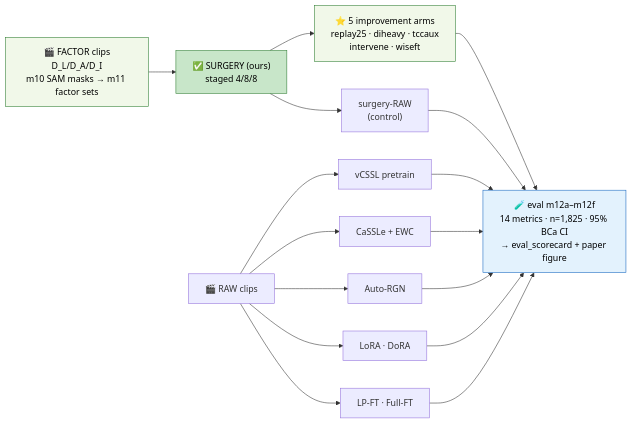
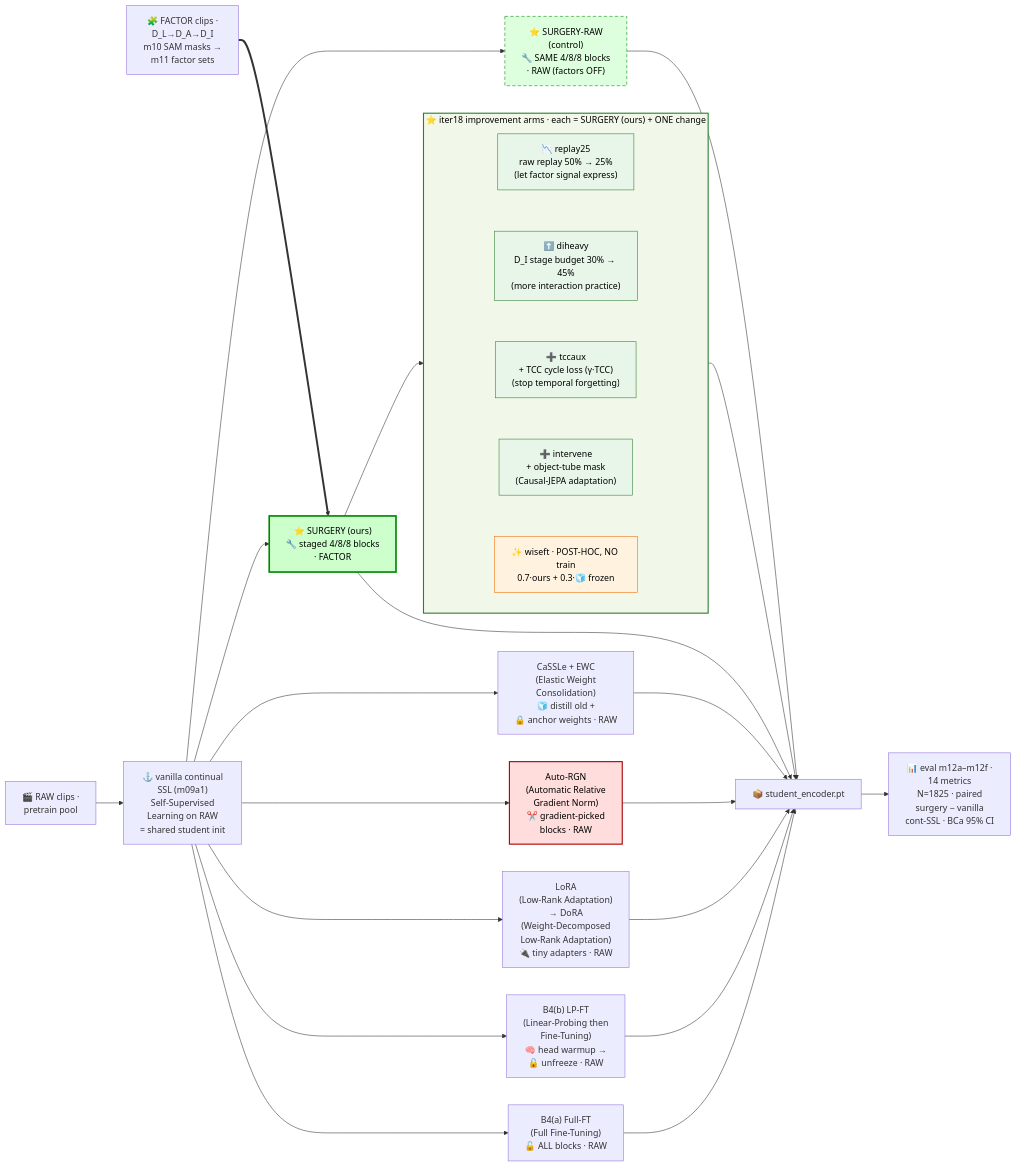
The second of 2 diagrams in iter/iter18_ablations_FTtechniues/result_outputs/ppt_june14.md (kapilw25/LLM_asAgent_3D_SR), drawn with Mermaid before and after one commit. The commit also changed other lines of this file and 23 other files, not shown here.

````diff
--- a/iter/iter18_ablations_FTtechniues/result_outputs/ppt_june14.md
+++ b/iter/iter18_ablations_FTtechniues/result_outputs/ppt_june14.md
@@ -106,26 +126,48 @@
 ```mermaid
 flowchart LR
-    %% data origin → model → shared 14-metric eval
-    FAC["🎬 FACTOR clips<br>D_L/D_A/D_I<br>m10 SAM masks → m11 factor sets"]
-    RAWC["🎬 RAW clips"]
-    FAC --> SURG["✅ SURGERY (ours)<br>staged 4/8/8"]
-    SURG --> IMP18["⭐ 5 improvement arms<br>replay25 · diheavy · tccaux<br>intervene · wiseft"]
-    SURG --> RAWS["surgery-RAW<br>(control)"]
-    RAWC --> PRE["vCSSL pretrain"]
-    RAWC --> CONT["CaSSLe + EWC"]
-    RAWC --> RGN["Auto-RGN"]
-    RAWC --> PEFT["LoRA · DoRA"]
-    RAWC --> NAIVE["LP-FT · Full-FT"]
-    IMP18 --> EVAL
-    RAWS --> EVAL
-    PRE --> EVAL
-    CONT --> EVAL
-    RGN --> EVAL
-    PEFT --> EVAL
-    NAIVE --> EVAL
-    EVAL["🧪 eval m12a–m12f<br>14 metrics · n=1,825 · 95% BCa CI<br>→ eval_scorecard + paper figure"]
-    style FAC fill:#f1f8e9,stroke:#2e7d32,color:#000
-    style SURG fill:#c8e6c9,stroke:#2e7d32,color:#000
-    style IMP18 fill:#f1f8e9,stroke:#2e7d32,color:#000
-    style EVAL fill:#e3f2fd,stroke:#1565c0,color:#000
+    RAW["🎬 RAW clips ·<br>pretrain pool"]
+    FAC["🧩 FACTOR clips ·<br>D_L→D_A→D_I<br>m10 SAM masks →<br>m11 factor sets"]
+    INIT["⚓ vanilla continual<br>SSL (m09a1)<br>Self-Supervised<br>Learning on RAW<br>= shared student init"]
+    RAW --> INIT
+
+    INIT --> B4F["B4(a) Full-FT<br>(Full Fine-Tuning)<br>🔓 ALL blocks · RAW"]
+    INIT --> B4L["B4(b) LP-FT<br>(Linear-Probing then<br>Fine-Tuning)<br>🧠 head warmup →<br>🔓 unfreeze · RAW"]
+    INIT --> B1["LoRA<br>(Low-Rank Adaptation)<br>→ DoRA<br>(Weight-Decomposed<br>Low-Rank Adaptation)<br>🔌 tiny adapters · RAW"]
+    INIT --> B2["Auto-RGN<br>(Automatic Relative<br>Gradient Norm)<br>✂️ gradient-picked<br>blocks · RAW"]
+    INIT --> B3["CaSSLe + EWC<br>(Elastic Weight<br>Consolidation)<br>🧊 distill old +<br>🔒 anchor weights · RAW"]
+    INIT --> SURG["⭐ SURGERY (ours)<br>🔧 staged 4/8/8 blocks<br>· FACTOR"]
+    INIT --> SURGR["⭐ SURGERY-RAW<br>(control)<br>🔧 SAME 4/8/8 blocks<br>· RAW (factors OFF)"]
+
+    FAC ==> SURG
+
+    SURG --> IMP18
+    subgraph IMP18["⭐ iter18 improvement arms · each = SURGERY (ours) + ONE change"]
+        direction TB
+        V1["📉 replay25<br>raw replay 50% → 25%<br>(let factor signal express)"]
+        V2["⬆️ diheavy<br>D_I stage budget 30% → 45%<br>(more interaction practice)"]
+        V3["➕ tccaux<br>+ TCC cycle loss (γ·TCC)<br>(stop temporal forgetting)"]
+        V4["➕ intervene<br>+ object-tube mask<br>(Causal-JEPA adaptation)"]
+        V5["✨ wiseft · POST-HOC, NO train<br>0.7·ours + 0.3·🧊 frozen"]
+        V1 ~~~ V2 ~~~ V3 ~~~ V4 ~~~ V5
+    end
+
+    B4F --> EXP["📦 student_encoder.pt"]
+    B4L --> EXP
+    B1 --> EXP
+    B2 --> EXP
+    B3 --> EXP
+    SURG --> EXP
+    SURGR --> EXP
+    IMP18 --> EXP
+    EXP --> EVAL["📊 eval m12a–m12f ·<br>14 metrics<br>N=1825 · paired<br>surgery − vanilla<br>cont-SSL · BCa 95% CI"]
+
+    style SURG fill:#cfc,stroke:#080,stroke-width:3px,color:#000
+    style SURGR fill:#dfd,stroke:#080,stroke-dasharray:6 4,color:#000
+    style B2 fill:#fdd,stroke:#a00,stroke-width:2px,color:#000
+    style IMP18 fill:#f1f8e9,stroke:#2e7d32,stroke-width:2px,color:#000
+    style V1 fill:#e8f5e9,stroke:#2e7d32,color:#000
+    style V2 fill:#e8f5e9,stroke:#2e7d32,color:#000
+    style V3 fill:#e8f5e9,stroke:#2e7d32,color:#000
+    style V4 fill:#e8f5e9,stroke:#2e7d32,color:#000
+    style V5 fill:#fff3e0,stroke:#ef6c00,color:#000
 ```
````
